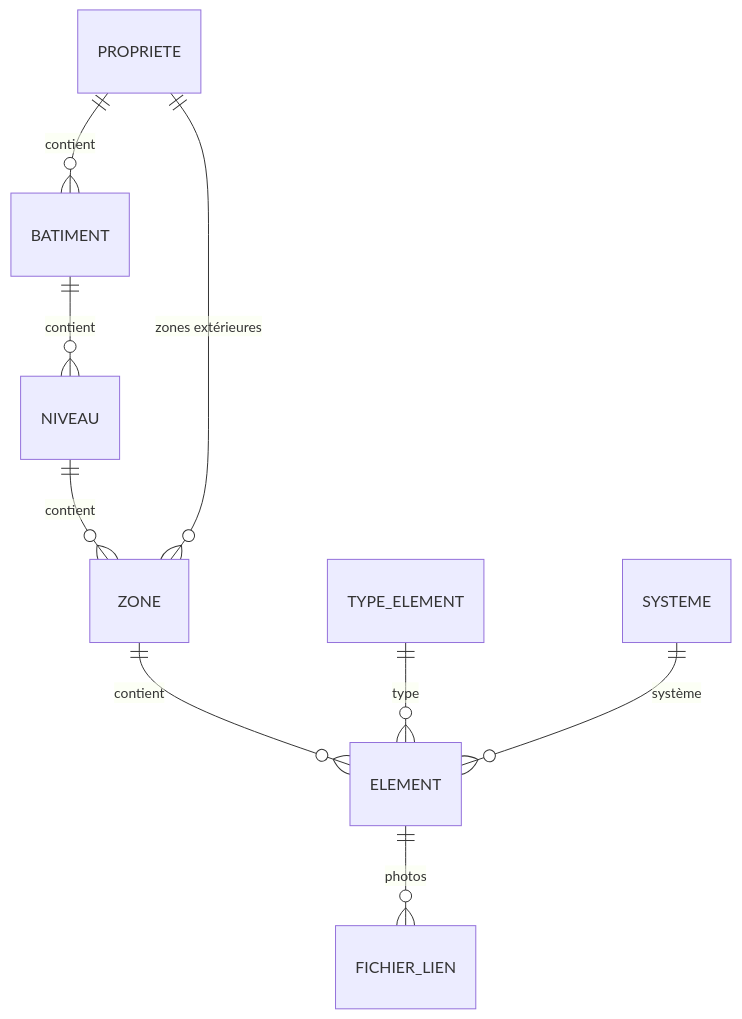
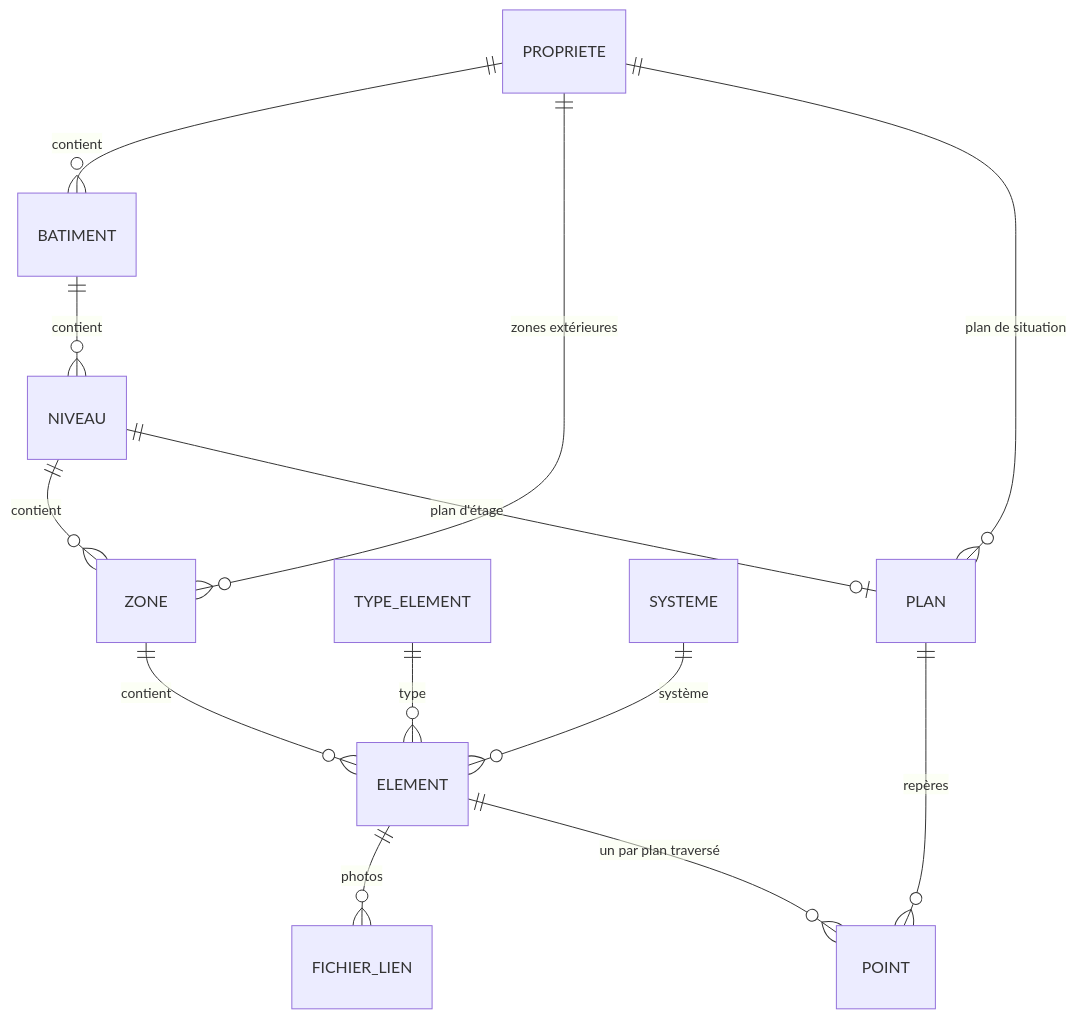
One commit to theo-bggtt/gestionImmobiliere changed the first of 3 diagrams in README.md. Above: the diagram before and after it, drawn with Mermaid. The commit also changed other lines of this file and 32 other files, not shown here.

````diff
--- a/README.md
+++ b/README.md
@@ -131,11 +132,15 @@
 ```mermaid
 erDiagram
     PROPRIETE ||--o{ BATIMENT : contient
     BATIMENT ||--o{ NIVEAU : contient
     NIVEAU ||--o{ ZONE : contient
     PROPRIETE ||--o{ ZONE : "zones extérieures"
     ZONE ||--o{ ELEMENT : contient
     TYPE_ELEMENT ||--o{ ELEMENT : type
     SYSTEME ||--o{ ELEMENT : système
     ELEMENT ||--o{ FICHIER_LIEN : photos
+    NIVEAU ||--o| PLAN : "plan d'étage"
+    PROPRIETE ||--o{ PLAN : "plan de situation"
+    PLAN ||--o{ POINT : repères
+    ELEMENT ||--o{ POINT : "un par plan traversé"
 ```
````
